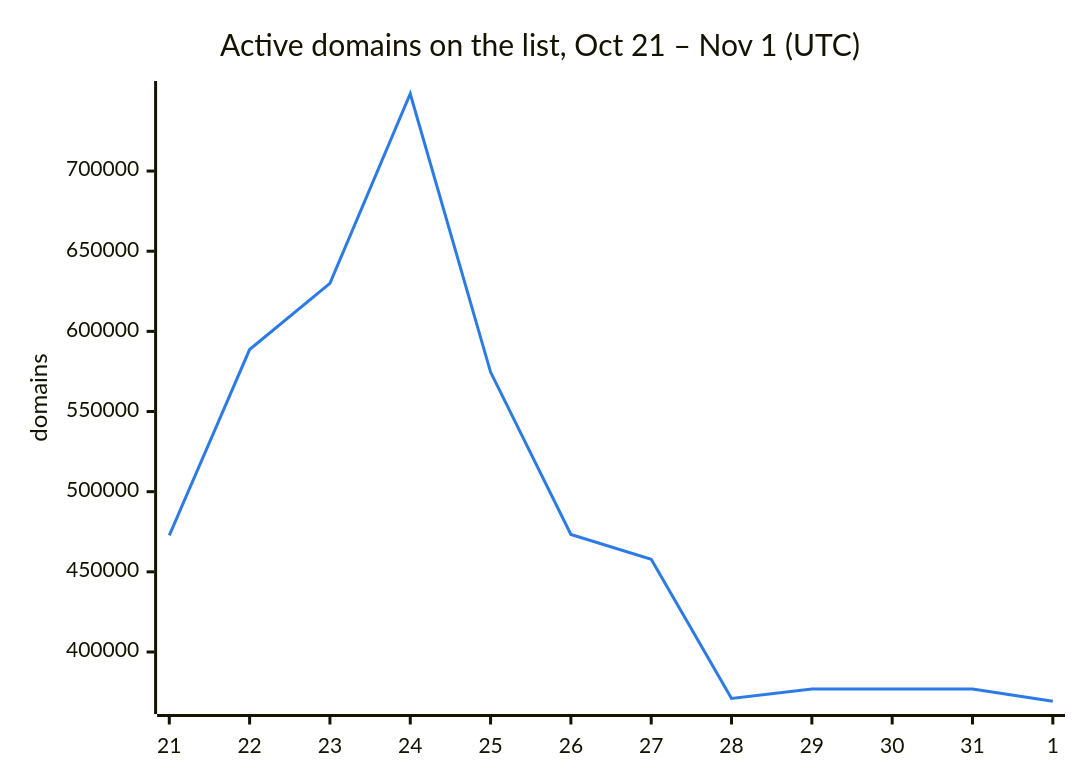
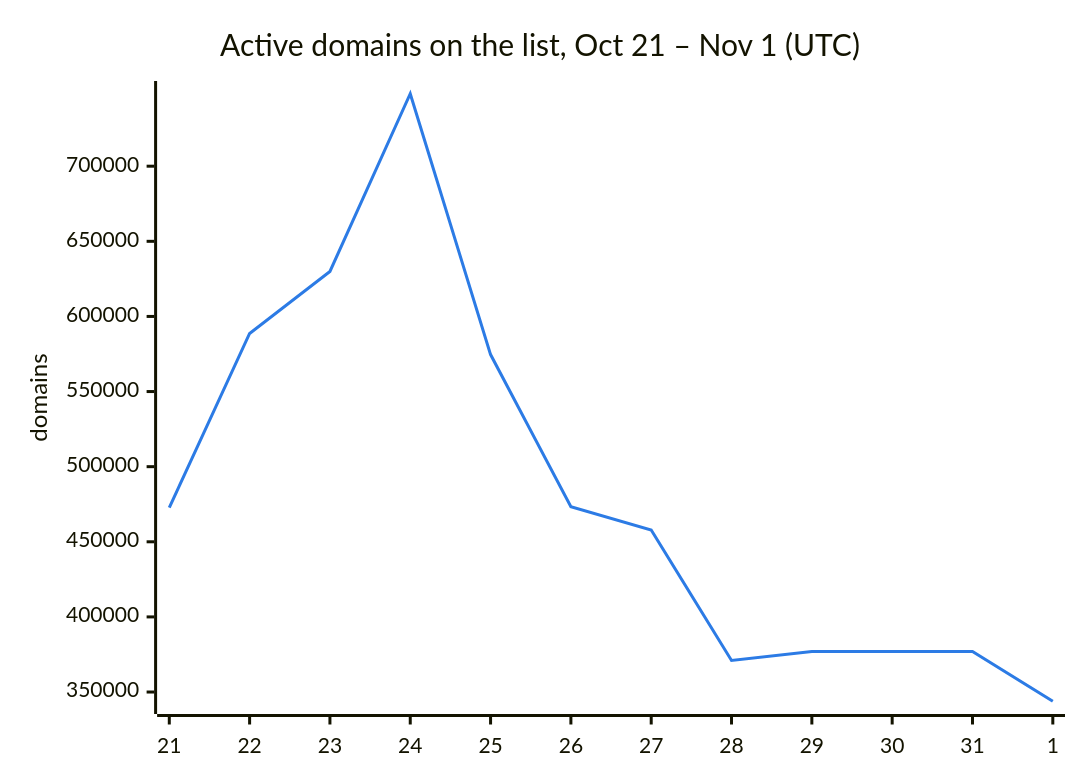
One commit to DNSBunker/CTI changed the second of 3 diagrams in README.md. Above: the diagram before and after it, drawn with Mermaid. The commit also changed other lines of this file and 3 other files, not shown here.

````diff
--- a/README.md
+++ b/README.md
@@ -38,8 +38,8 @@
 ```mermaid
 %%{init: {"themeVariables": {"xyChart": {"plotColorPalette": "#2c7be5"}}}}%%
 xychart-beta
     title "Active domains on the list, Oct 21 – Nov 1 (UTC)"
     x-axis ["21", "22", "23", "24", "25", "26", "27", "28", "29", "30", "31", "1"]
     y-axis "domains"
-    line [472713, 588659, 629951, 748222, 574614, 473331, 457795, 371010, 376945, 376945, 376945, 369276]
+    line [472713, 588659, 629951, 748222, 574614, 473331, 457795, 371010, 376945, 376945, 376945, 343862]
 ```
````
